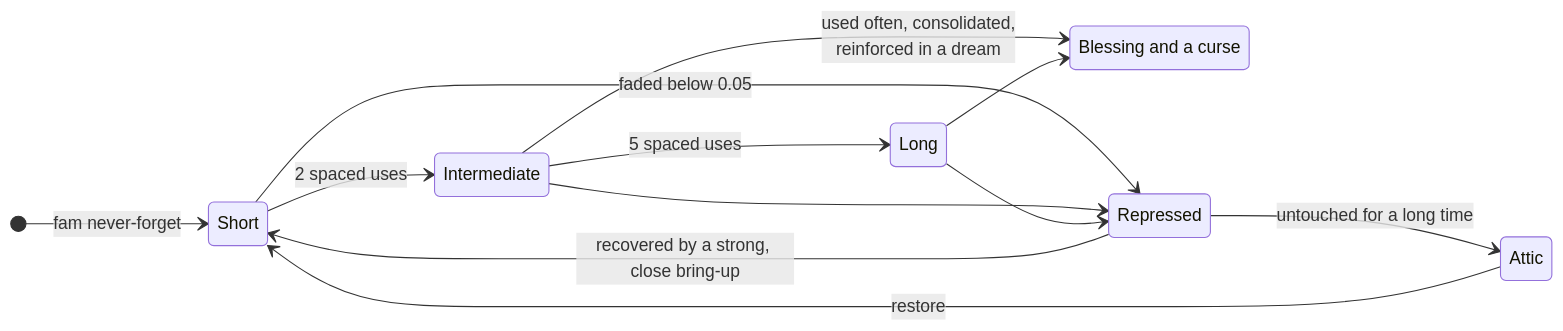
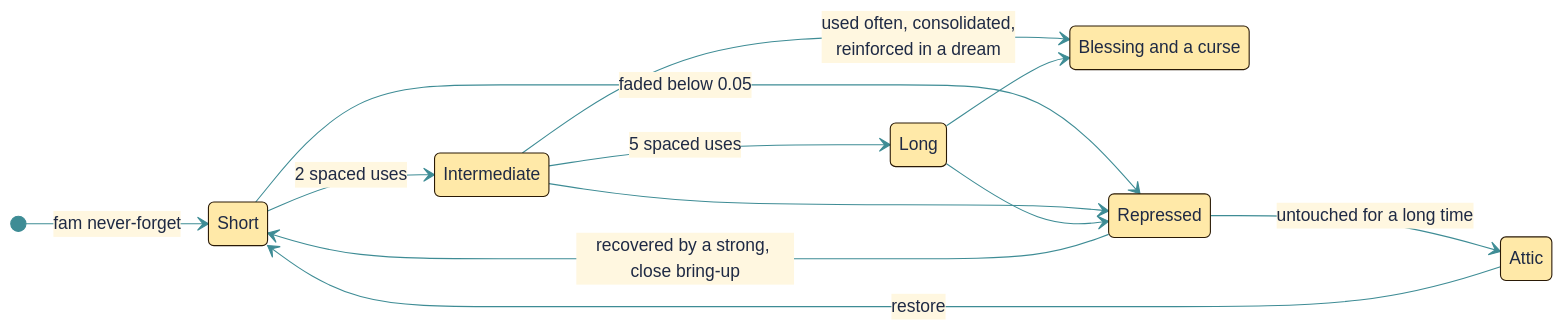
The second of 4 diagrams in README.md (TheHaymaker/Ensemble-of-memories), drawn with Mermaid before and after one commit. The commit also changed other lines of this file and 3 other files, not shown here.

````diff
--- a/README.md
+++ b/README.md
@@ -64,16 +65,17 @@
 ```mermaid
+%%{init: {'theme':'base','themeVariables':{'primaryColor':'#FFE9A8','primaryBorderColor':'#2A1A06','primaryTextColor':'#1F2A44','lineColor':'#3E8C95','secondaryColor':'#CFE6E8','tertiaryColor':'#E8EEF7','edgeLabelBackground':'#FFF7E0','fontFamily':'Georgia, serif'}}}%%
 stateDiagram-v2
     direction LR
     state "Blessing and a curse" as Blessing
     [*] --> Short: fam never-forget
     Short --> Intermediate: 2 spaced uses
     Intermediate --> Long: 5 spaced uses
     Short --> Repressed: faded below 0.05
     Intermediate --> Repressed
     Long --> Repressed
     Repressed --> Short: recovered by a strong, close bring-up
     Repressed --> Attic: untouched for a long time
     Intermediate --> Blessing: used often, consolidated,<br/>reinforced in a dream
     Long --> Blessing
     Attic --> Short: restore
 ```
````
